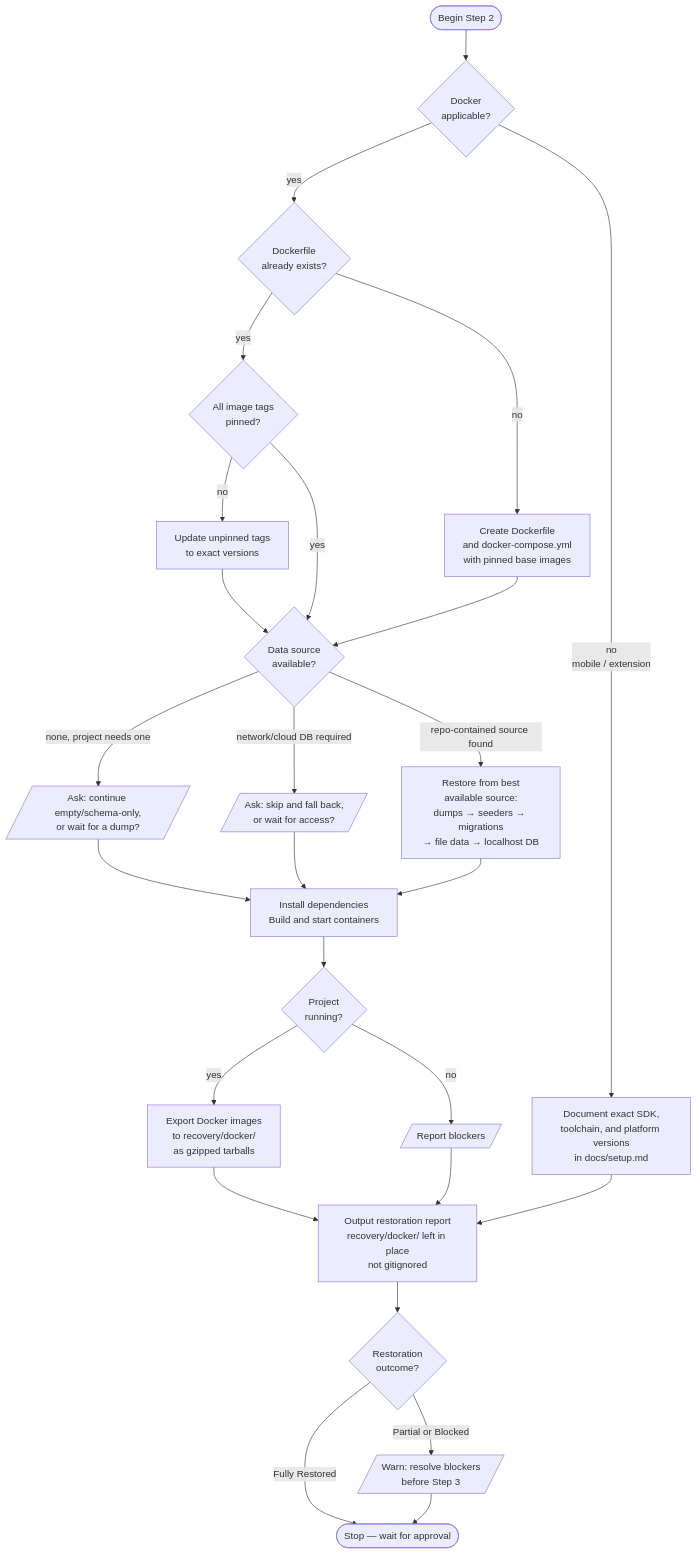
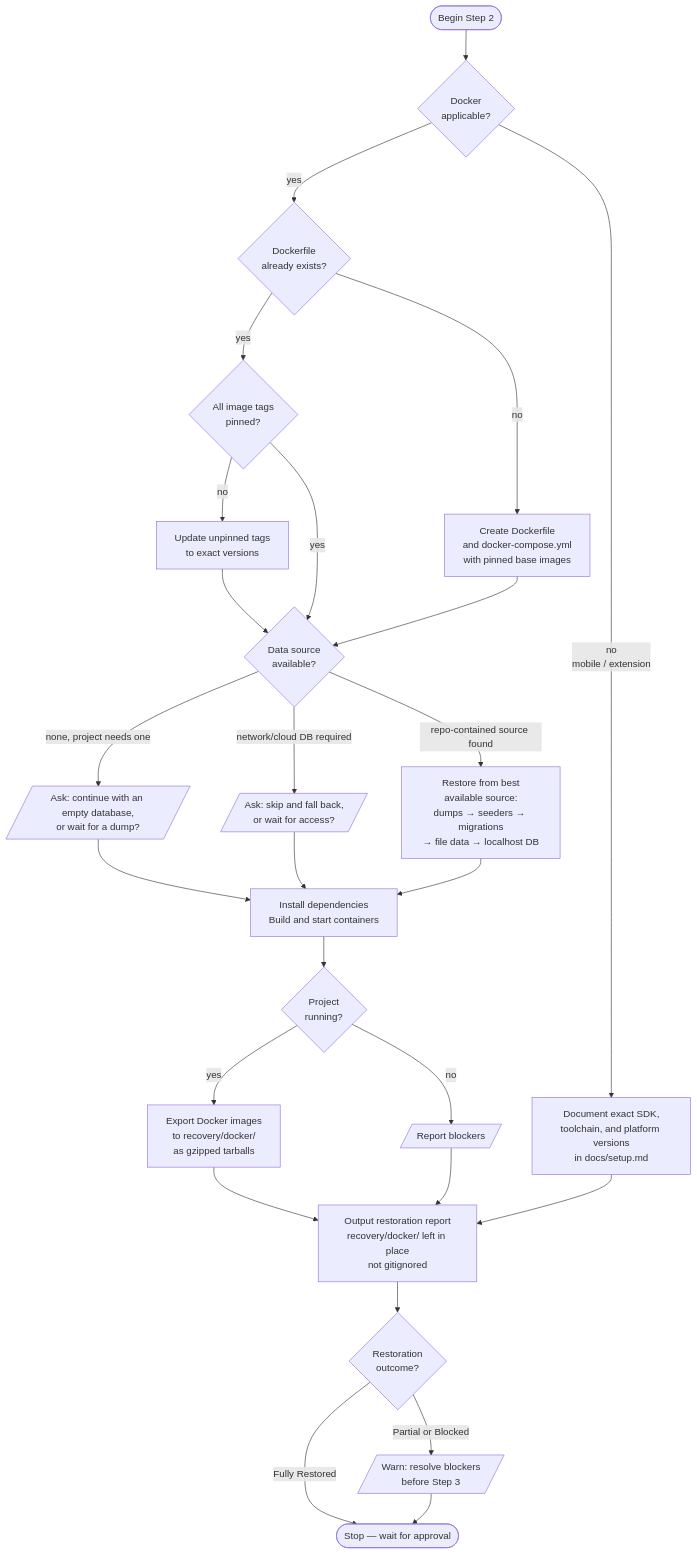
The diagram in docs/commands/archive/2-restore-and-freeze.md (myowinthein/agent-helm), drawn with Mermaid before and after one commit.

Commit message:
fix(archive): remove slash from mermaid trapezoid label text
NoSourceAsk's label used a literal / inside a [/ /] trapezoid node
(the shape's own delimiter character) — "empty/schema-only" would
break Mermaid's parser. Caught during this run's own scoped
verification pass. Reworded to avoid the character entirely.

````diff
--- a/docs/commands/archive/2-restore-and-freeze.md
+++ b/docs/commands/archive/2-restore-and-freeze.md
@@ -14,36 +14,36 @@
 ```mermaid
 flowchart TD
   Start([Begin Step 2]) --> Strategy{Docker\napplicable?}
 
   Strategy -->|yes| DockerCheck{Dockerfile\nalready exists?}
   Strategy -->|no\nmobile / extension| DocVersion[Document exact SDK,\ntoolchain, and platform versions\nin docs/setup.md]
 
   DockerCheck -->|yes| PinCheck{All image tags\npinned?}
   DockerCheck -->|no| CreateDocker[Create Dockerfile\nand docker-compose.yml\nwith pinned base images]
 
   PinCheck -->|no| PinTags[Update unpinned tags\nto exact versions]
   PinCheck -->|yes| DataRestore
   CreateDocker --> DataRestore
   PinTags --> DataRestore
 
   DataRestore{Data source\navailable?}
-  DataRestore -->|none, project needs one| NoSourceAsk[/Ask: continue empty/schema-only,\nor wait for a dump?/]
+  DataRestore -->|none, project needs one| NoSourceAsk[/Ask: continue with an empty database,\nor wait for a dump?/]
   DataRestore -->|network/cloud DB required| NetworkAsk[/Ask: skip and fall back,\nor wait for access?/]
   DataRestore -->|repo-contained source found| RestoreData[Restore from best\navailable source:\ndumps → seeders → migrations\n→ file data → localhost DB]
   NoSourceAsk --> Build
   NetworkAsk --> Build
   RestoreData --> Build
 
   Build[Install dependencies\nBuild and start containers] --> Verify{Project\nrunning?}
 
   Verify -->|yes| Export[Export Docker images\nto recovery/docker/\nas gzipped tarballs]
   Verify -->|no| BlockerReport[/Report blockers/]
 
   Export --> Report[Output restoration report\nrecovery/docker/ left in place\nnot gitignored]
   DocVersion --> Report
   BlockerReport --> Report
 
   Report --> Outcome{Restoration\noutcome?}
   Outcome -->|Fully Restored| Stop([Stop — wait for approval])
   Outcome -->|Partial or Blocked| Warn[/Warn: resolve blockers\nbefore Step 3/] --> Stop
 ```
````
